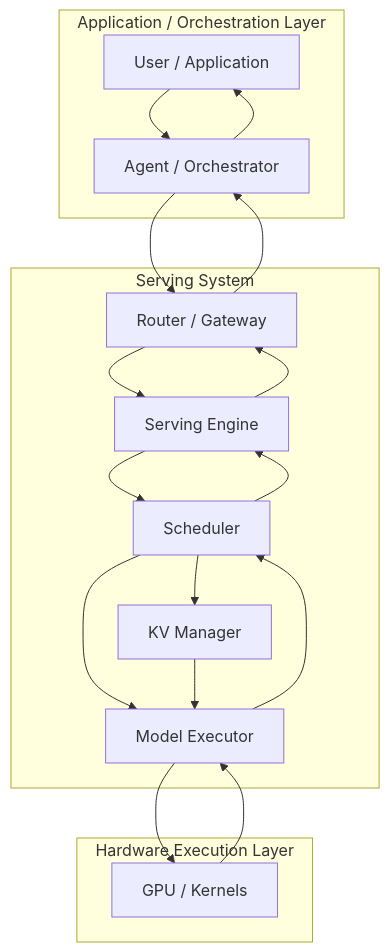
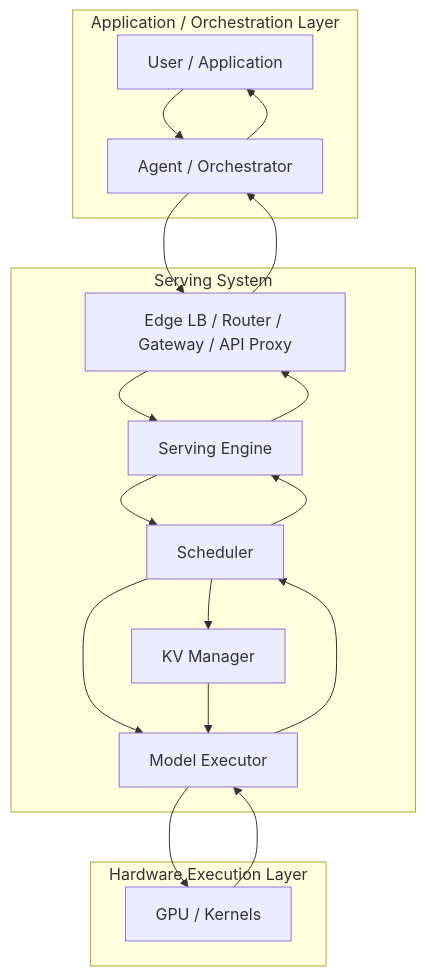
One commit to XPengZhao/dl-note changed the first of 2 diagrams in docs/llms/request-lifecycle.md. Above: the diagram before and after it, drawn with Mermaid. The commit also changed other lines of this file and 36 other files, not shown here.

````diff
--- a/docs/llms/request-lifecycle.md
+++ b/docs/llms/request-lifecycle.md
@@ -21,35 +21,35 @@
 ```mermaid
 flowchart TB
 
     subgraph L1["Application / Orchestration Layer"]
         U["User / Application"]
         A["Agent / Orchestrator"]
     end
 
     subgraph L2["Serving System"]
-        R["Router / Gateway"]
+        R["Edge LB / Router / Gateway / API Proxy"]
         E["Serving Engine"]
         S["Scheduler"]
         K["KV Manager"]
         M["Model Executor"]
     end
 
     subgraph L3["Hardware Execution Layer"]
         G["GPU / Kernels"]
     end
 
     U --> A
     A --> R
     R --> E
     E --> S
     S --> K
     S --> M
     K --> M
     M --> G
     G --> M
     M --> S
     S --> E
     E --> R
     R --> A
     A --> U
 ```
````
